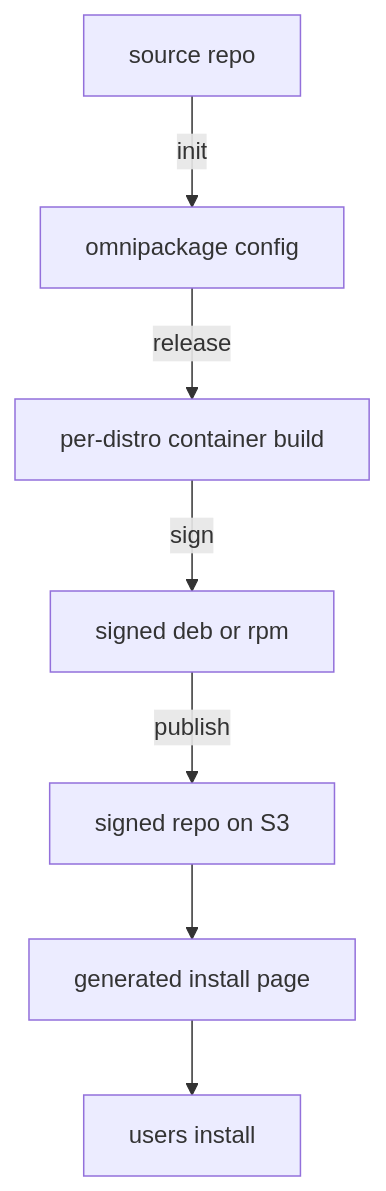
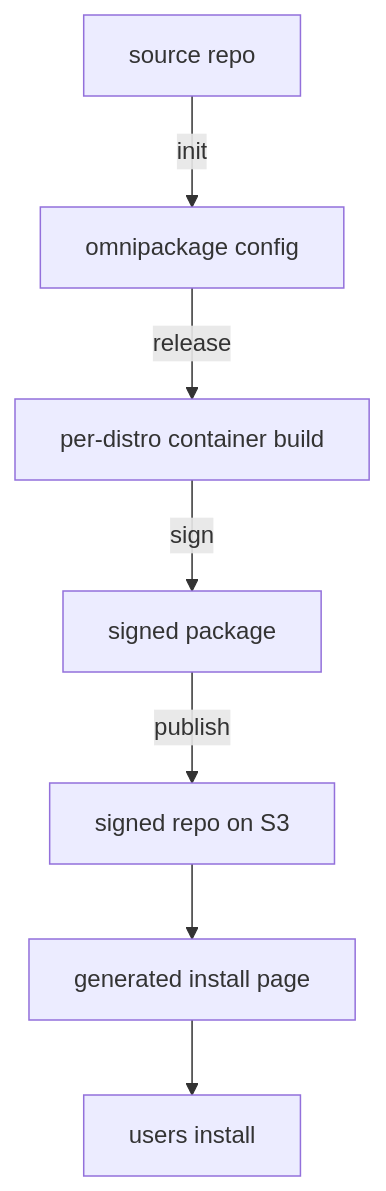
Before and after one commit to omnipackage/omnipackage-docs: the diagram in docs/guides/how_it_works.md, drawn with Mermaid. The commit also changed other lines of this file and 19 other files, not shown here.

````diff
--- a/docs/guides/how_it_works.md
+++ b/docs/guides/how_it_works.md
@@ -19,9 +19,9 @@
 ```mermaid
 flowchart TD
   src["source repo"] -->|init| cfg["omnipackage config"]
   cfg -->|release| build["per-distro container build"]
-  build -->|sign| pkg["signed deb or rpm"]
+  build -->|sign| pkg["signed package"]
   pkg -->|publish| repo["signed repo on S3"]
   repo --> page["generated install page"]
   page --> install["users install"]
 ```
````
